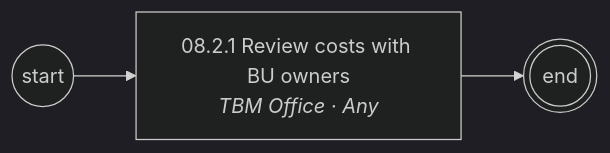
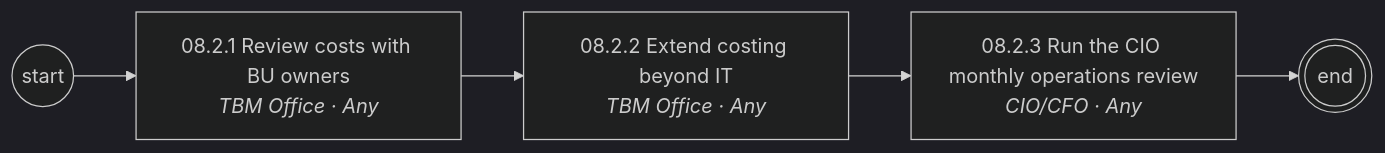
One commit to corbyjames/apptio-process-catalog changed the third of 3 diagrams in diagrams/mermaid/area-08.md. Above: the diagram before and after it, drawn with Mermaid (dark theme). The commit also changed other lines of this file and 251 other files, not shown here.

````diff
--- a/diagrams/mermaid/area-08.md
+++ b/diagrams/mermaid/area-08.md
@@ -37,7 +33,11 @@
 ```mermaid
 flowchart LR
   S((start))
   N08_2_1["08.2.1 Review costs with BU owners<br/><i>TBM Office · Any</i>"]
   S --> N08_2_1
-  N08_2_1 --> E(((end)))
+  N08_2_2["08.2.2 Extend costing beyond IT<br/><i>TBM Office · Any</i>"]
+  N08_2_1 --> N08_2_2
+  N08_2_3["08.2.3 Run the CIO monthly operations review<br/><i>CIO/CFO · Any</i>"]
+  N08_2_2 --> N08_2_3
+  N08_2_3 --> E(((end)))
 ```
````
